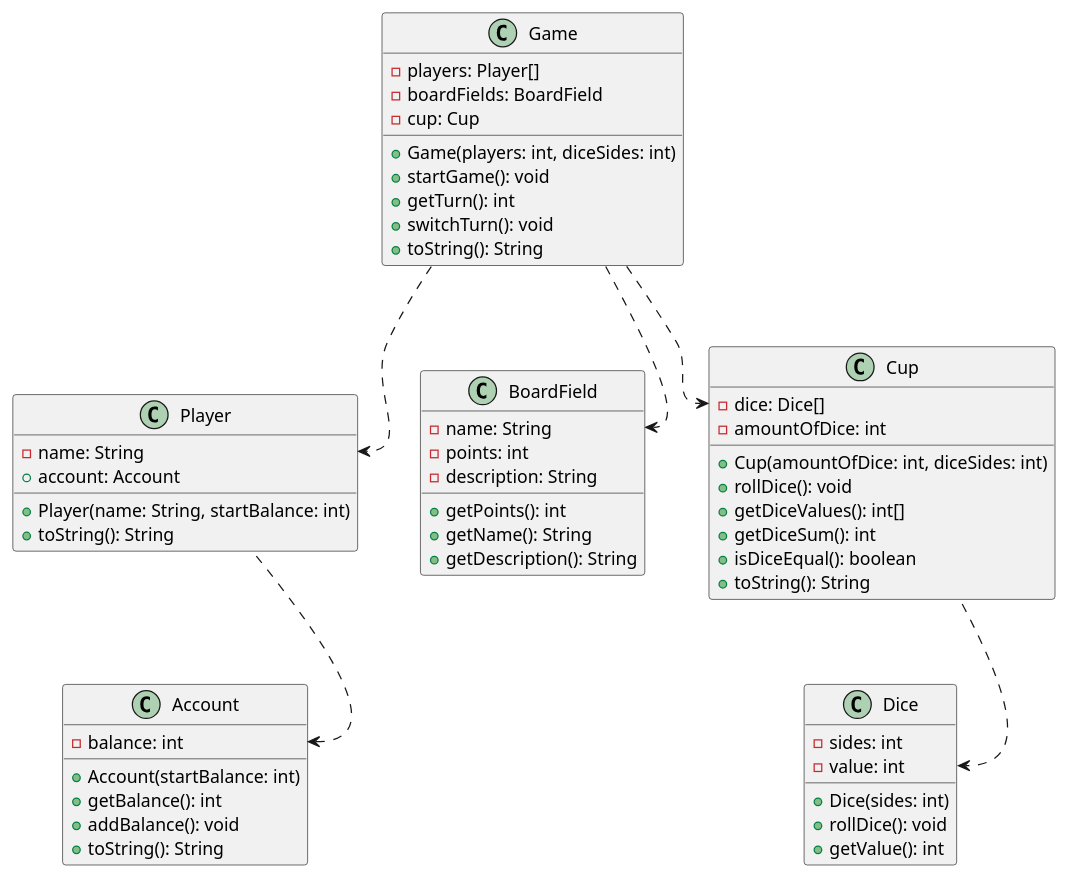
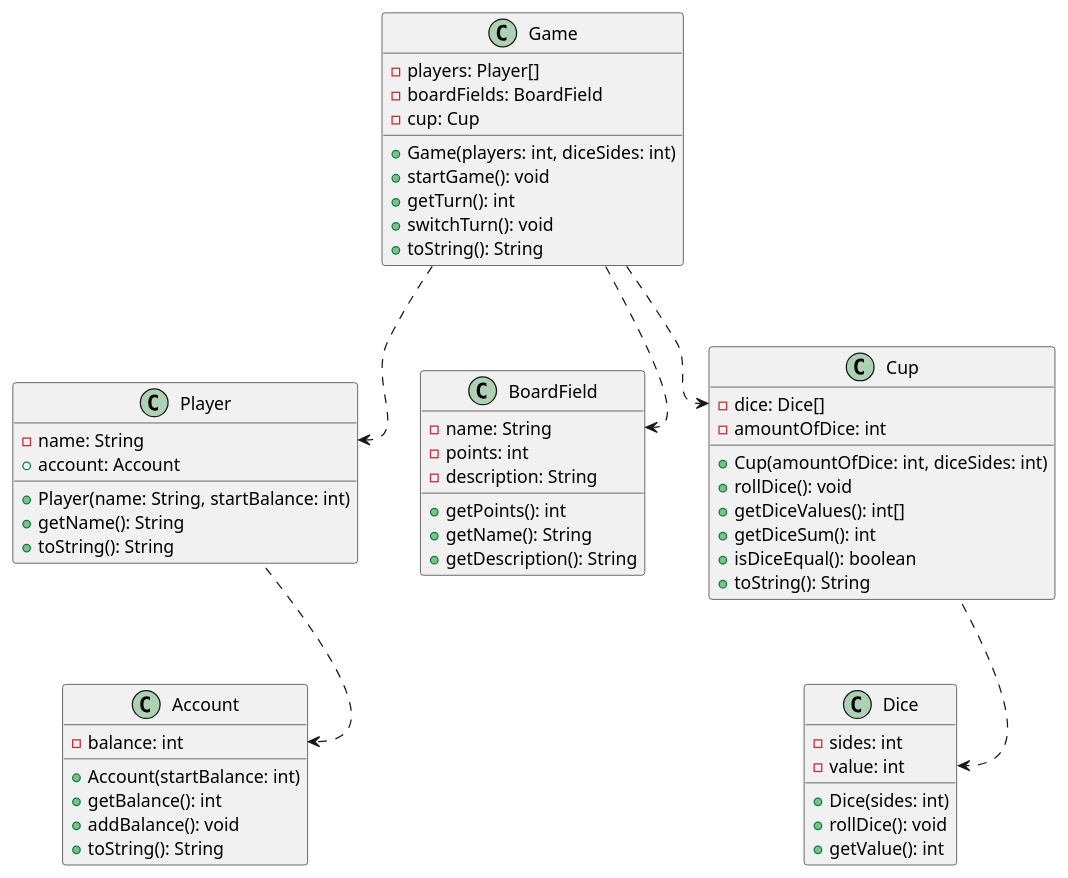
One commit to CDIO-gruppe-13/CDIO-Del-2 changed the diagram in class_diagram.wsd. Above: the diagram before and after it, drawn with PlantUML. The commit also changed 1 other file, not shown here.

Commit message:
added public getName function to player

```diff
--- a/class_diagram.wsd
+++ b/class_diagram.wsd
@@ -6,63 +6,64 @@
 @startuml class_diagram
 'skinparam classAttributeIconSize 0
 
 class Game {
     -players: Player[]
     -boardFields: BoardField
     -cup: Cup
     +Game(players: int, diceSides: int)
     +startGame(): void
     +getTurn(): int
     +switchTurn(): void
     +toString(): String
 }
 
 class Player {
     -name: String
     +account: Account
     +Player(name: String, startBalance: int)
+    +getName(): String
     +toString(): String
 }
 
 class BoardField {
     -name: String
     -points: int
     -description: String
     +getPoints(): int
     +getName(): String
     +getDescription(): String
 }
 
 class Cup {
     -dice: Dice[]
     -amountOfDice: int
     +Cup(amountOfDice: int, diceSides: int)
     +rollDice(): void
     +getDiceValues(): int[]
     +getDiceSum(): int
     +isDiceEqual(): boolean
     +toString(): String
 }
 
 class Dice {
     -sides: int
     -value: int
     +Dice(sides: int)
     +rollDice(): void
     +getValue(): int
 }
 
 class Account {
     -balance: int
     +Account(startBalance: int)
     +getBalance(): int
     +addBalance(): void
     +toString(): String
 }
 
 Game ..> Player::name
 Game ..> BoardField::name
 Game ..> Cup::dice
 Cup ..> Dice::value
 Player ..> Account::balance
 @enduml
```
